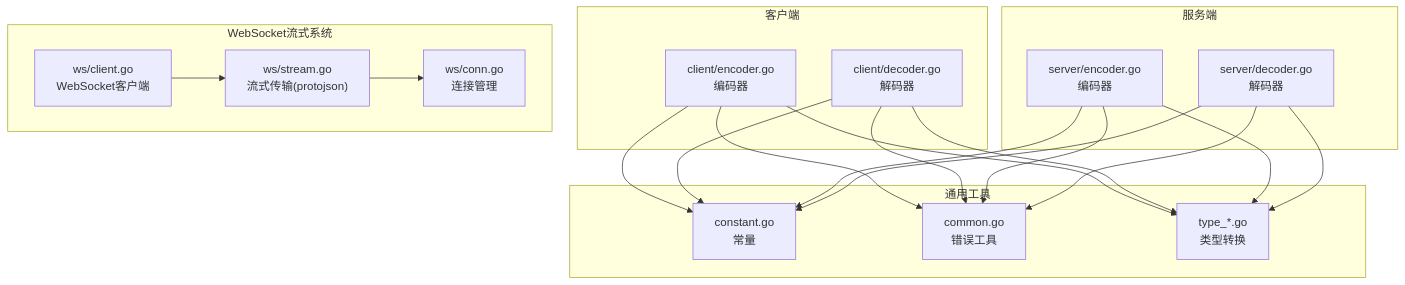
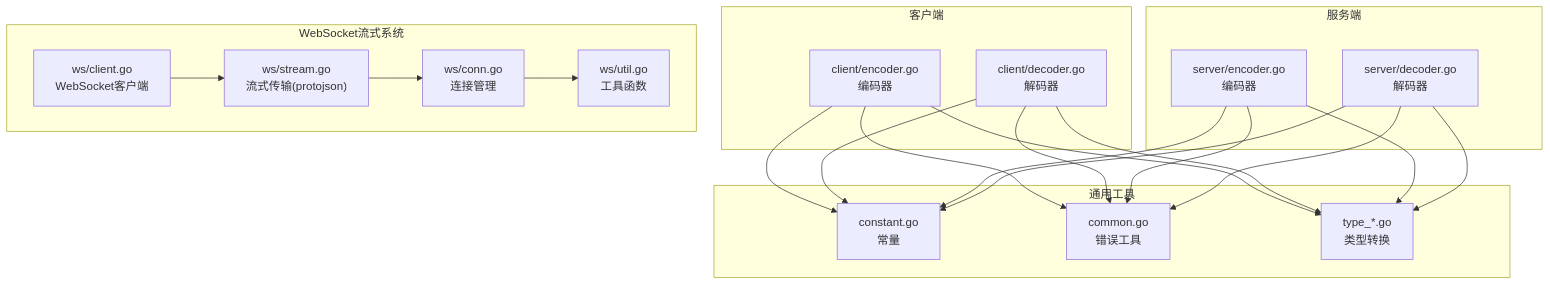
Before and after one commit to soyacen/goose: the first of 11 diagrams in .agents/repowiki/zh/content/HTTP 服务器框架/编解码器系统.md, drawn with Mermaid. The commit also changed other lines of this file and 4 other files, not shown here.

````diff
--- a/.agents/repowiki/zh/content/HTTP 服务器框架/编解码器系统.md
+++ b/.agents/repowiki/zh/content/HTTP 服务器框架/编解码器系统.md
@@ -70,35 +71,37 @@
 ```mermaid
 graph TB
 subgraph "客户端"
 C_Enc["client/encoder.go<br/>编码器"]
 C_Dec["client/decoder.go<br/>解码器"]
 end
 subgraph "服务端"
 S_Enc["server/encoder.go<br/>编码器"]
 S_Dec["server/decoder.go<br/>解码器"]
 end
 subgraph "WebSocket流式系统"
 WS_Client["ws/client.go<br/>WebSocket客户端"]
 WS_Stream["ws/stream.go<br/>流式传输(protojson)"]
 WS_Conn["ws/conn.go<br/>连接管理"]
+WS_Util["ws/util.go<br/>工具函数"]
 end
 subgraph "通用工具"
 Const["constant.go<br/>常量"]
 Common["common.go<br/>错误工具"]
 Types["type_*.go<br/>类型转换"]
 end
 C_Enc --> Const
 C_Dec --> Const
 S_Enc --> Const
 S_Dec --> Const
 C_Enc --> Common
 C_Dec --> Common
 S_Enc --> Common
 S_Dec --> Common
 C_Enc --> Types
 C_Dec --> Types
 S_Enc --> Types
 S_Dec --> Types
 WS_Stream --> WS_Conn
 WS_Client --> WS_Stream
+WS_Conn --> WS_Util
 ```
````
